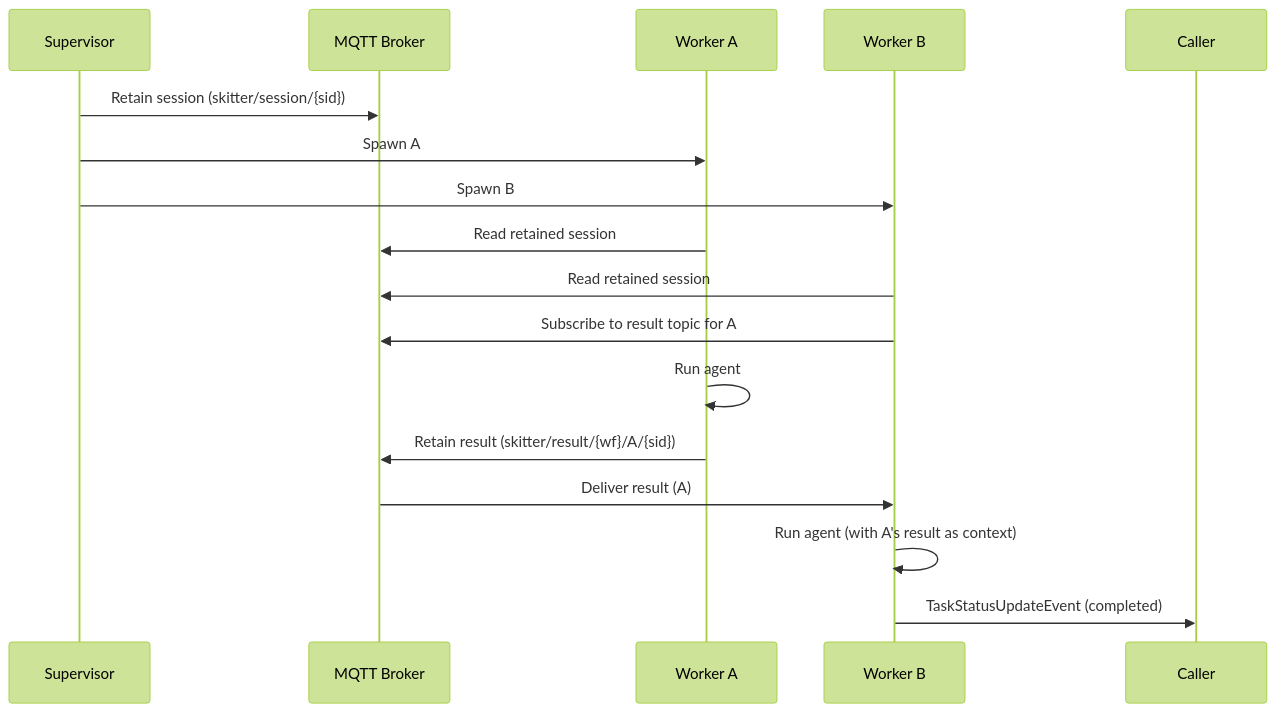
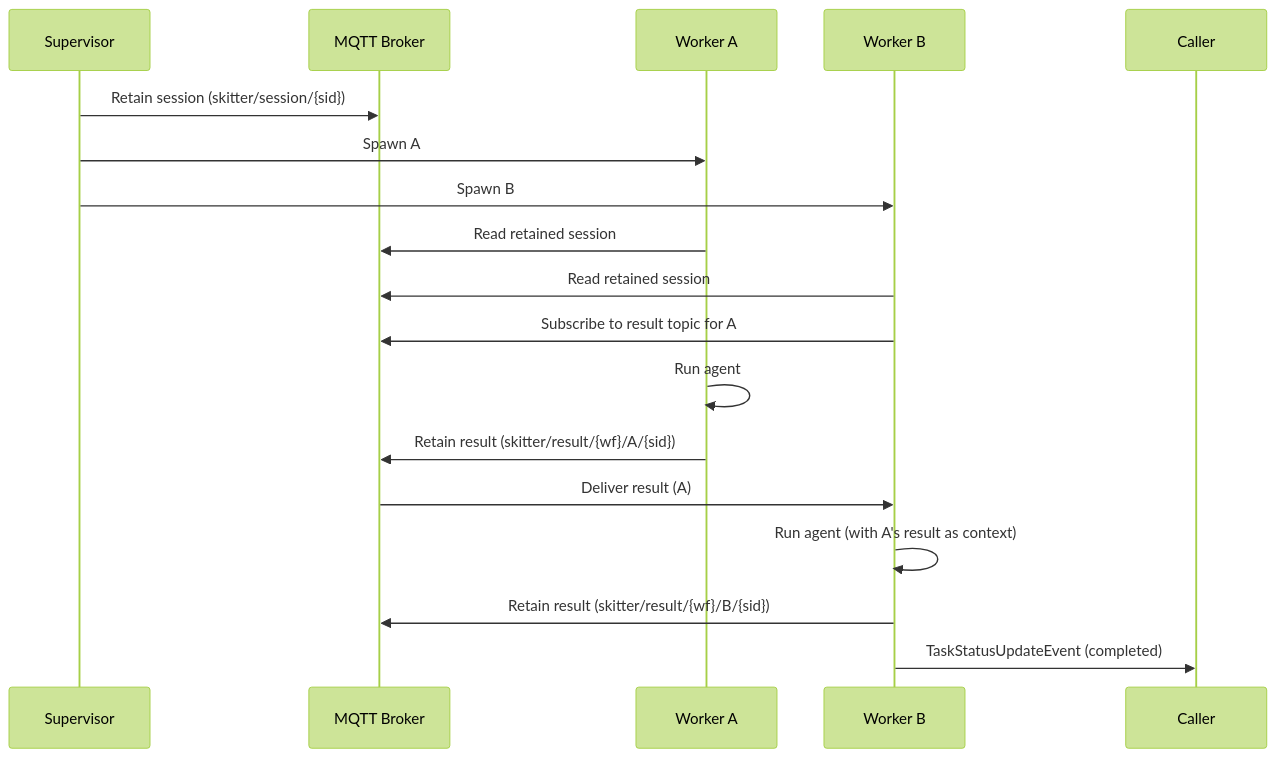
The second of 3 diagrams in docs/architecture.md (id/skitter), drawn with Mermaid (forest theme) before and after one commit. The commit also changed other lines of this file, not shown here.

Commit message:
fix: docs/architecture.md

````diff
--- a/docs/architecture.md
+++ b/docs/architecture.md
@@ -79,19 +80,20 @@
 ```mermaid
 sequenceDiagram
     participant S as Supervisor
     participant B as MQTT Broker
     participant W1 as Worker A
     participant W2 as Worker B
 
     S->>B: Retain session (skitter/session/{sid})
     S->>W1: Spawn A
     S->>W2: Spawn B
     W1->>B: Read retained session
     W2->>B: Read retained session
     W2->>B: Subscribe to result topic for A
     W1->>W1: Run agent
     W1->>B: Retain result (skitter/result/{wf}/A/{sid})
     B->>W2: Deliver result (A)
     W2->>W2: Run agent (with A's result as context)
+    W2->>B: Retain result (skitter/result/{wf}/B/{sid})
     W2->>Caller: TaskStatusUpdateEvent (completed)
 ```
````
